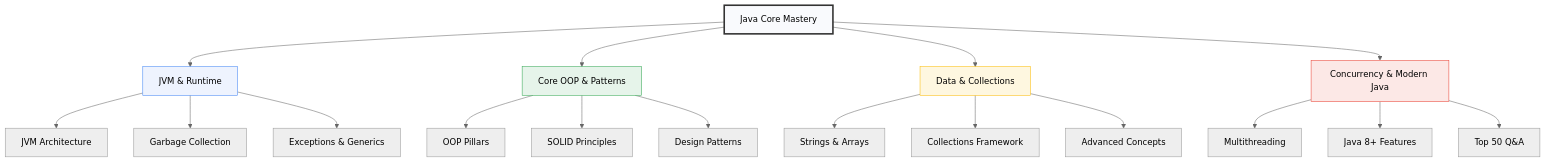
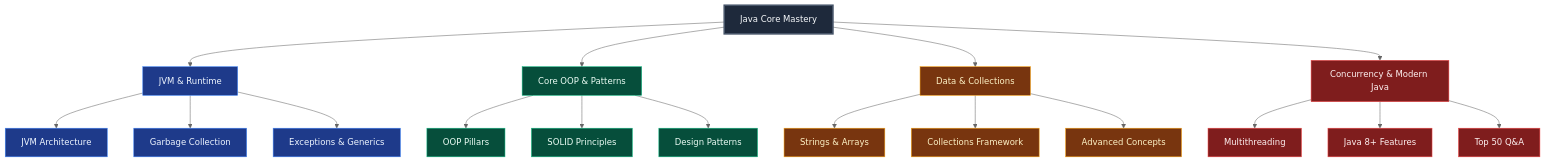
Before and after one commit to SaiTeja301/My_Interview_Preparation: the first of 12 diagrams in Java_jdbc_hibernate_SpringBoot/analysis/Java_Analysis.md, drawn with Mermaid (neutral theme). The commit also changed other lines of this file, not shown here.

Commit message:
style(mermaid): enhance all diagrams for light and dark mode compatibility

````diff
--- a/Java_jdbc_hibernate_SpringBoot/analysis/Java_Analysis.md
+++ b/Java_jdbc_hibernate_SpringBoot/analysis/Java_Analysis.md
@@ -8,29 +8,35 @@
 ```mermaid
 graph TD
     Root["Java Core Mastery"] --> Sec1["JVM & Runtime"]
     Root --> Sec2["Core OOP & Patterns"]
     Root --> Sec3["Data & Collections"]
     Root --> Sec4["Concurrency & Modern Java"]
 
     Sec1 --> P1["JVM Architecture"]
     Sec1 --> P2["Garbage Collection"]
     Sec1 --> P3["Exceptions & Generics"]
 
     Sec2 --> P4["OOP Pillars"]
     Sec2 --> P5["SOLID Principles"]
     Sec2 --> P6["Design Patterns"]
 
     Sec3 --> P7["Strings & Arrays"]
     Sec3 --> P8["Collections Framework"]
     Sec3 --> P9["Advanced Concepts"]
 
     Sec4 --> P10["Multithreading"]
     Sec4 --> P11["Java 8+ Features"]
     Sec4 --> P12["Top 50 Q&A"]
 
-    style Root fill:#f9fafd,stroke:#333,stroke-width:3px
-    style Sec1 fill:#eef3fe,stroke:#4285f4,stroke-width:1px
-    style Sec2 fill:#e6f4ea,stroke:#34a853,stroke-width:1px
-    style Sec3 fill:#fef7e0,stroke:#fbbc05,stroke-width:1px
-    style Sec4 fill:#fce8e6,stroke:#ea4335,stroke-width:1px
+    classDef main fill:#1E293B,stroke:#475569,color:#F8FAFC,stroke-width:3px;
+    classDef module1 fill:#1E3A8A,stroke:#3B82F6,color:#EFF6FF,stroke-width:1px;
+    classDef module2 fill:#064E3B,stroke:#10B981,color:#ECFDF5,stroke-width:1px;
+    classDef module3 fill:#78350F,stroke:#F59E0B,color:#FEF3C7,stroke-width:1px;
+    classDef module4 fill:#7F1D1D,stroke:#EF4444,color:#FEF2F2,stroke-width:1px;
+
+    class Root main;
+    class Sec1,P1,P2,P3 module1;
+    class Sec2,P4,P5,P6 module2;
+    class Sec3,P7,P8,P9 module3;
+    class Sec4,P10,P11,P12 module4;
 ```
````
